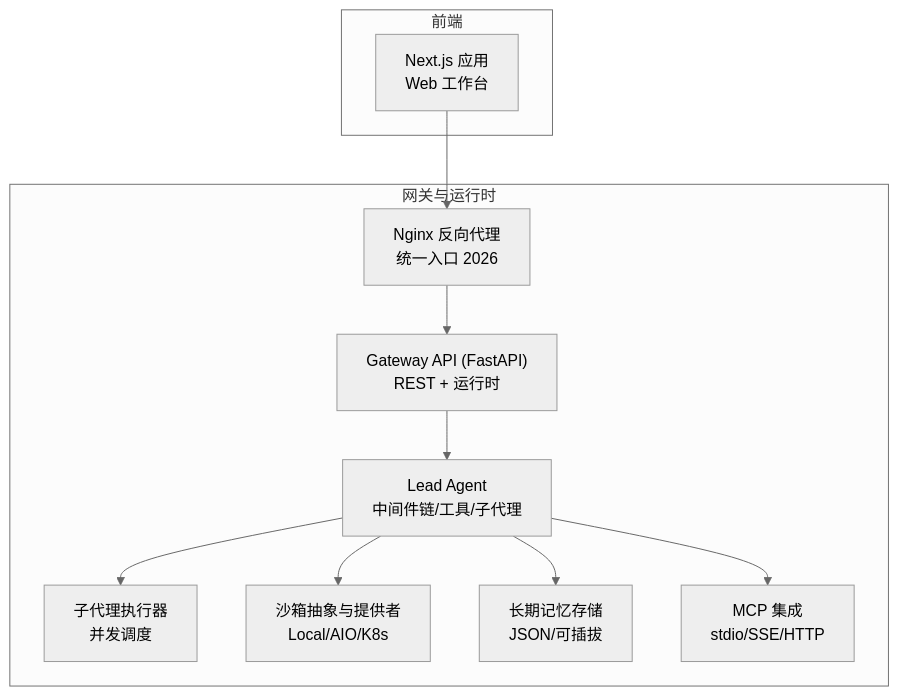
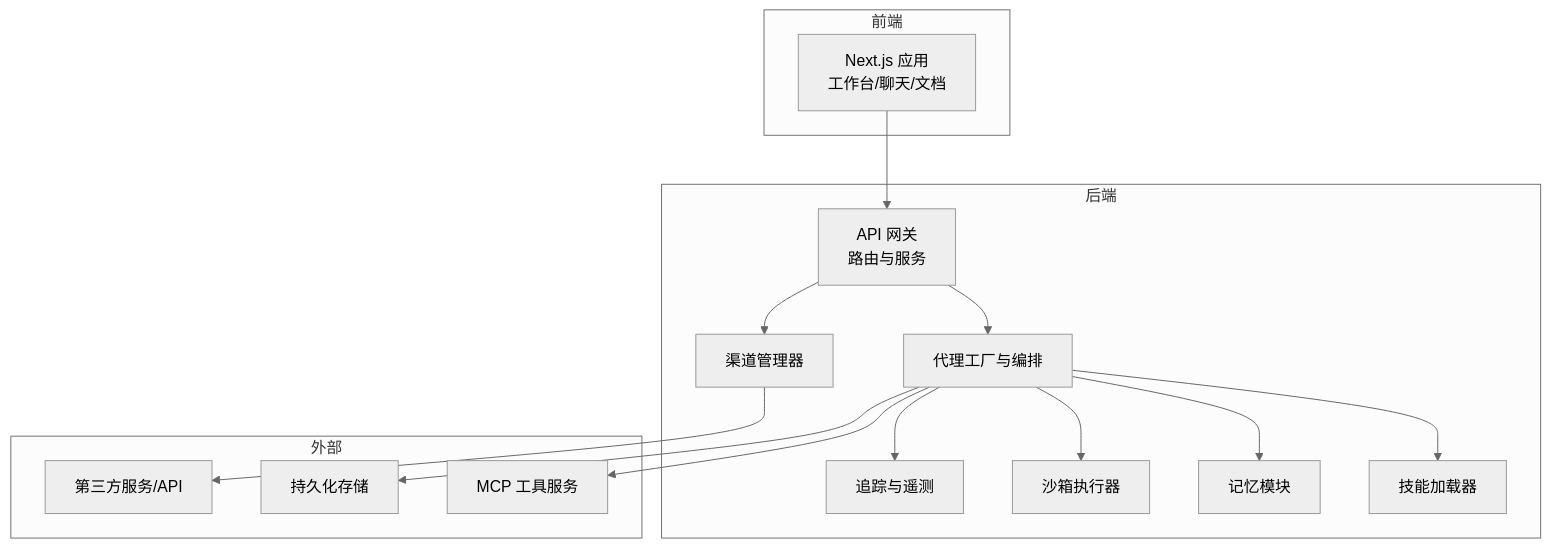
One commit to xfbyxq/deer-flow changed the first of 8 diagrams in .qoder/repowiki/zh/content/项目概述/项目介绍.md. Above: the diagram before and after it, drawn with Mermaid (neutral theme). The commit also changed other lines of this file and 621 other files, not shown here.

````diff
--- a/.qoder/repowiki/zh/content/项目概述/项目介绍.md
+++ b/.qoder/repowiki/zh/content/项目概述/项目介绍.md
@@ -39,22 +57,30 @@
 ```mermaid
 graph TB
 subgraph "前端"
-FE["Next.js 应用<br/>Web 工作台"]
+FE["Next.js 应用<br/>工作台/聊天/文档"]
 end
-subgraph "网关与运行时"
-NGINX["Nginx 反向代理<br/>统一入口 2026"]
-GW["Gateway API (FastAPI)<br/>REST + 运行时"]
-AG["Lead Agent<br/>中间件链/工具/子代理"]
-SUB["子代理执行器<br/>并发调度"]
-SANDBOX["沙箱抽象与提供者<br/>Local/AIO/K8s"]
-MEMORY["长期记忆存储<br/>JSON/可插拔"]
-MCP["MCP 集成<br/>stdio/SSE/HTTP"]
+subgraph "后端"
+GW["API 网关<br/>路由与服务"]
+AG["代理工厂与编排"]
+SK["技能加载器"]
+ME["记忆模块"]
+CH["渠道管理器"]
+SB["沙箱执行器"]
+TR["追踪与遥测"]
 end
-FE --> NGINX
-NGINX --> GW
+subgraph "外部"
+MCP["MCP 工具服务"]
+EXT["第三方服务/API"]
+DB["持久化存储"]
+end
+FE --> GW
 GW --> AG
-AG --> SUB
-AG --> SANDBOX
-AG --> MEMORY
+AG --> SK
+AG --> ME
+AG --> SB
+AG --> TR
+GW --> CH
+CH --> EXT
 AG --> MCP
+AG --> DB
 ```
````
